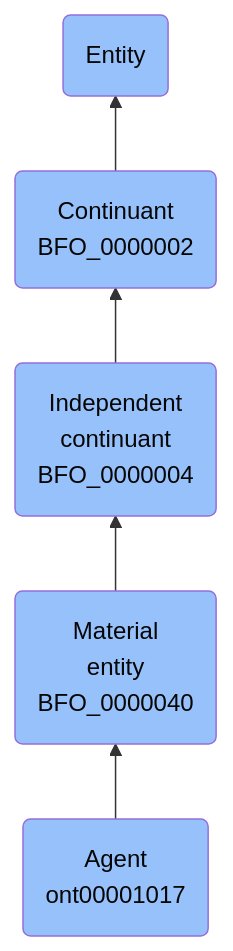
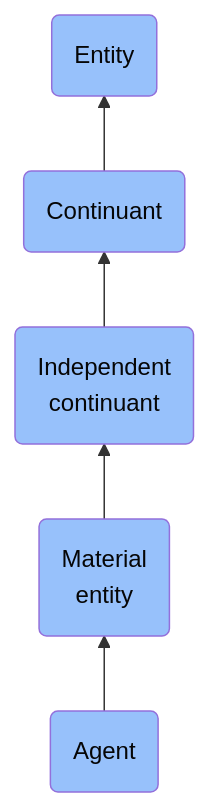
The diagram in docs/ontology/reference/model/Entity/Continuant/Independent continuant/Material entity/Agent/Agent.md (jupyter-naas/abi), drawn with Mermaid before and after one commit. The commit also changed other lines of this file and 1430 other files, not shown here.

````diff
--- a/docs/ontology/reference/model/Entity/Continuant/Independent continuant/Material entity/Agent/Agent.md
+++ b/docs/ontology/reference/model/Entity/Continuant/Independent continuant/Material entity/Agent/Agent.md
@@ -24,12 +24,12 @@
 ```mermaid
 graph BT
-    ont00001017(Agent<br>ont00001017):::BFO-->BFO_0000040
-    BFO_0000040(Material<br>entity<br>BFO_0000040):::BFO-->BFO_0000004
-    BFO_0000004(Independent<br>continuant<br>BFO_0000004):::BFO-->BFO_0000002
-    BFO_0000002(Continuant<br>BFO_0000002):::BFO-->BFO_0000001
+    ont00001017(Agent):::BFO-->BFO_0000040
+    BFO_0000040(Material<br>entity):::BFO-->BFO_0000004
+    BFO_0000004(Independent<br>continuant):::BFO-->BFO_0000002
+    BFO_0000002(Continuant):::BFO-->BFO_0000001
     BFO_0000001(Entity):::BFO
     
     classDef BFO fill:#97c1fb,color:#060606
     classDef CCO fill:#e4c51e,color:#060606
     classDef ABI fill:#48DD82,color:#060606
 ```
````
